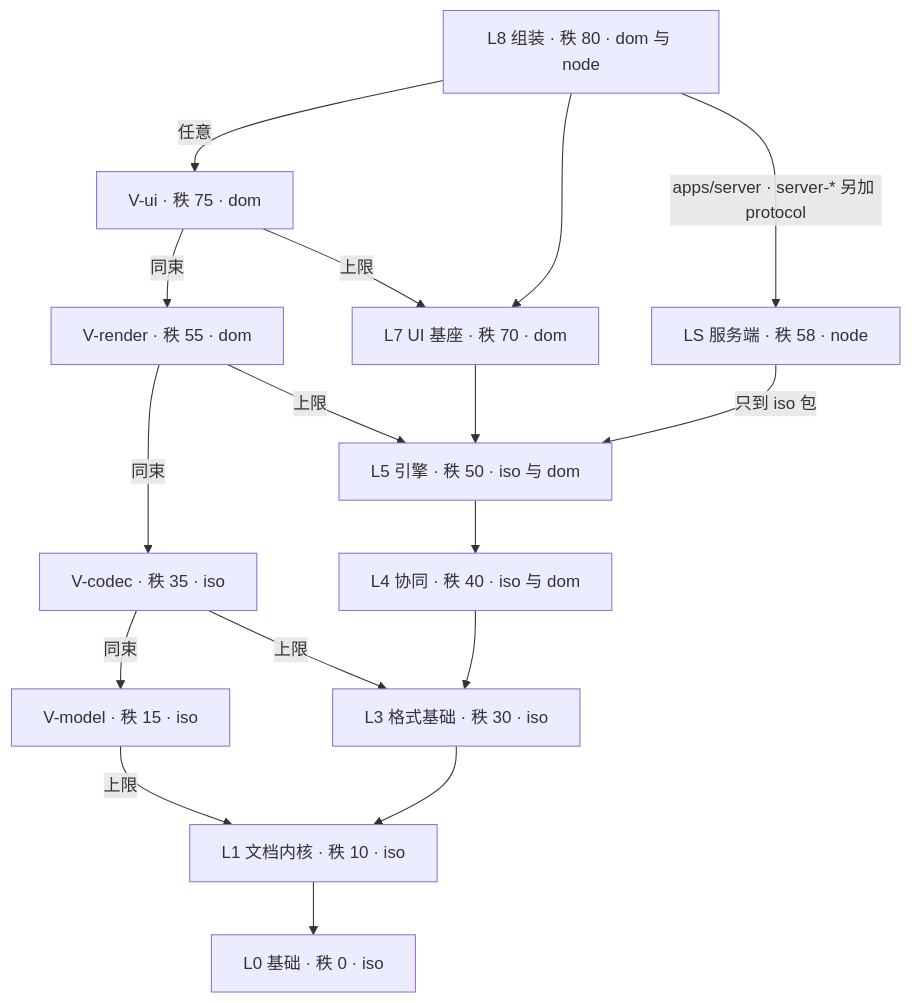
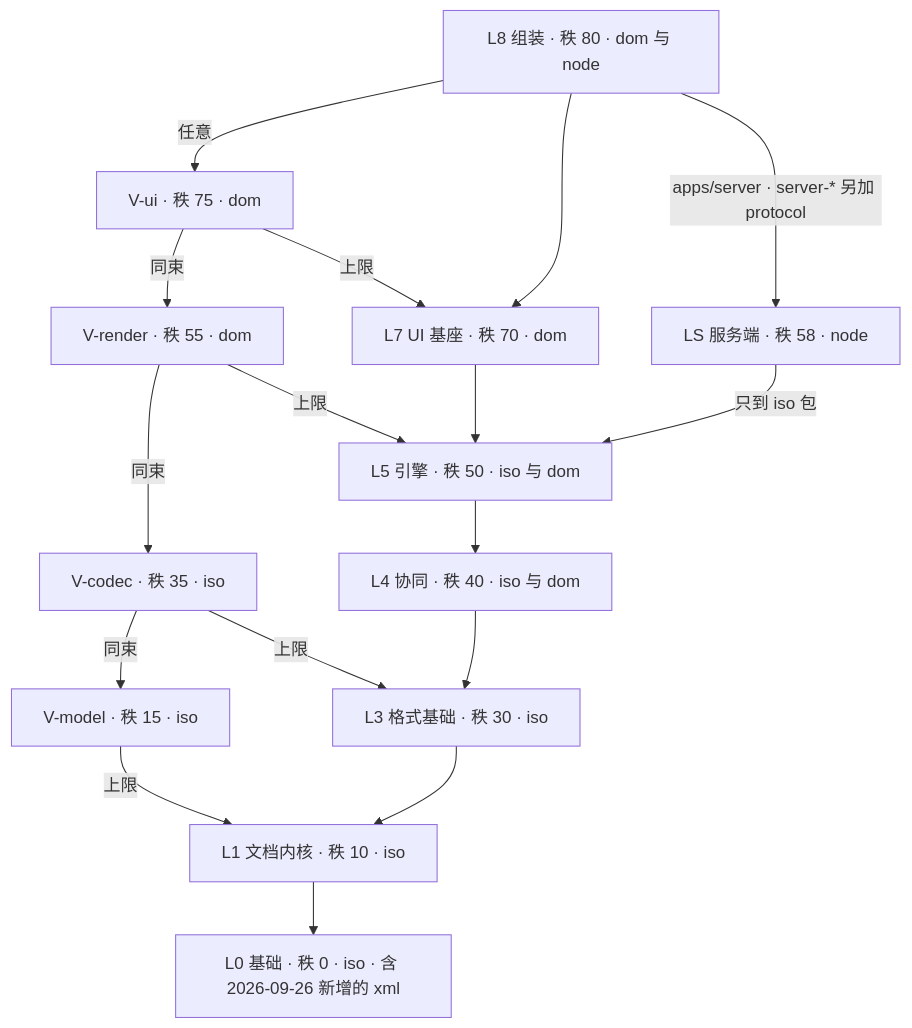
Before and after one commit to Xeonice/cordis-ppt-editor: the fifth of 36 diagrams in docs/40-modules/18-atlas-system-and-frontend.md, drawn with Mermaid. The commit also changed other lines of this file and 78 other files, not shown here.

````diff
--- a/docs/40-modules/18-atlas-system-and-frontend.md
+++ b/docs/40-modules/18-atlas-system-and-frontend.md
@@ -168,31 +168,31 @@
 ```mermaid
 flowchart TB
   L8["L8 组装 · 秩 80 · dom 与 node"]
   Vui["V-ui · 秩 75 · dom"]
   L7["L7 UI 基座 · 秩 70 · dom"]
   LS["LS 服务端 · 秩 58 · node"]
   Vrender["V-render · 秩 55 · dom"]
   L5["L5 引擎 · 秩 50 · iso 与 dom"]
   L4["L4 协同 · 秩 40 · iso 与 dom"]
   Vcodec["V-codec · 秩 35 · iso"]
   L3["L3 格式基础 · 秩 30 · iso"]
   Vmodel["V-model · 秩 15 · iso"]
   L1["L1 文档内核 · 秩 10 · iso"]
-  L0["L0 基础 · 秩 0 · iso"]
+  L0["L0 基础 · 秩 0 · iso · 含 2026-09-26 新增的 xml"]
   L8 -- "任意" --> Vui
   L8 --> L7
   L8 -- "apps/server · server-* 另加 protocol" --> LS
   Vui -- "同束" --> Vrender
   Vui -- "上限" --> L7
   L7 --> L5
   LS -- "只到 iso 包" --> L5
   Vrender -- "同束" --> Vcodec
   Vrender -- "上限" --> L5
   L5 --> L4
   L4 --> L3
   Vcodec -- "同束" --> Vmodel
   Vcodec -- "上限" --> L3
   L3 --> L1
   Vmodel -- "上限" --> L1
   L1 --> L0
 ```
````
